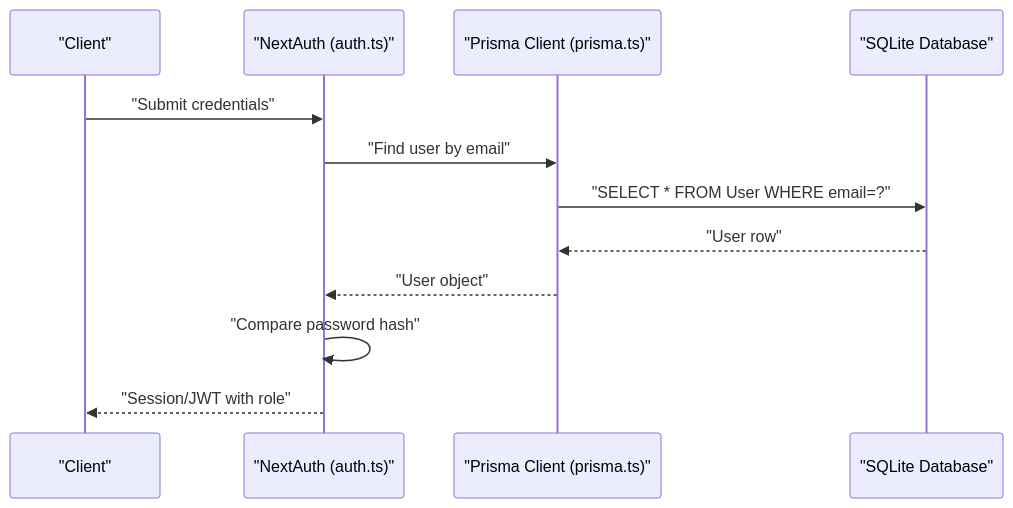
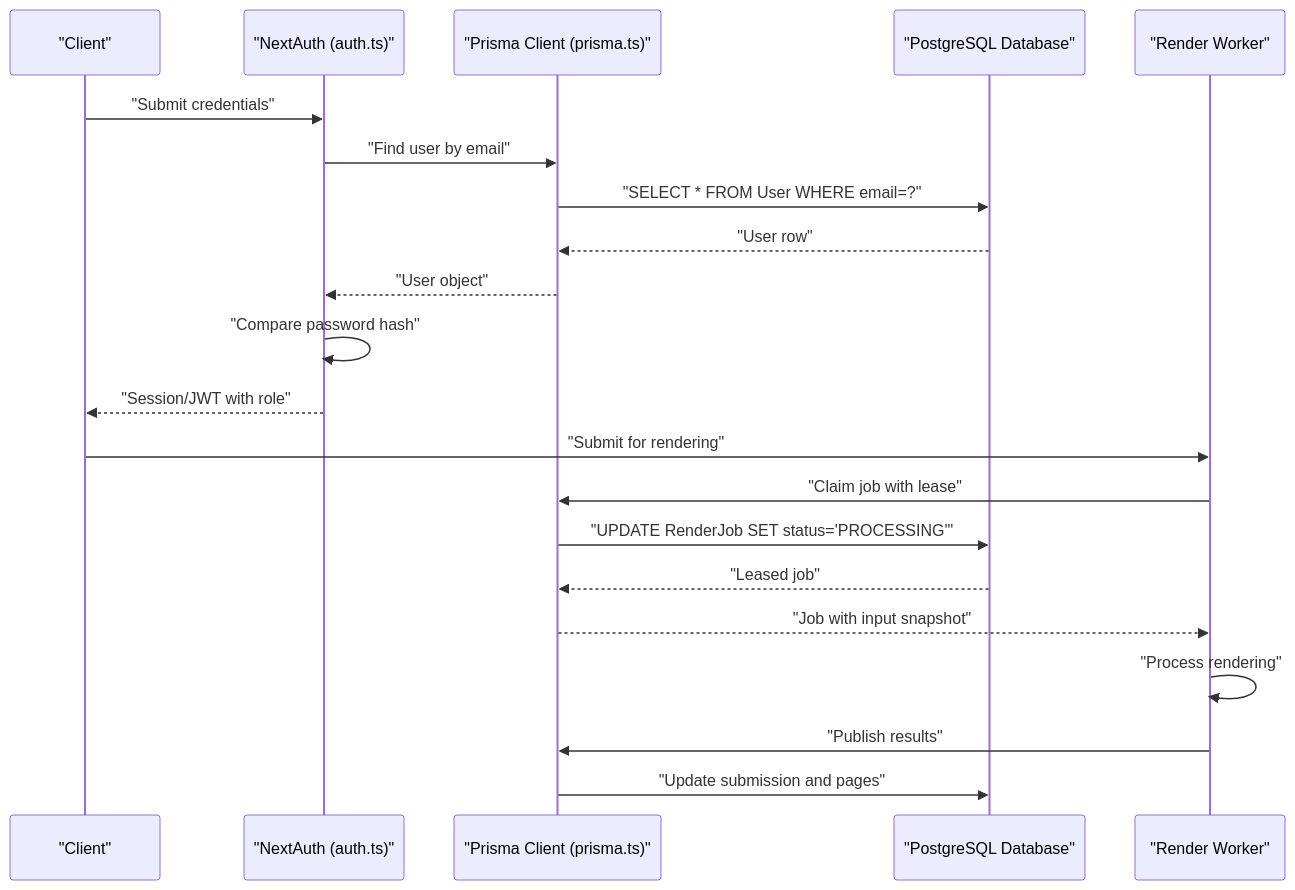
Before and after one commit to Crowdspender/titchybooks-app: the second of 9 diagrams in .qoder/repowiki/en/content/Configuration & Environment/Database & Prisma Setup.md, drawn with Mermaid. The commit also changed other lines of this file and 23 other files, not shown here.

Commit message:
fix: address CodeRabbit review findings (docs accuracy, error UI, editor history, render snapshot)

````diff
--- a/.qoder/repowiki/en/content/Configuration & Environment/Database & Prisma Setup.md
+++ b/.qoder/repowiki/en/content/Configuration & Environment/Database & Prisma Setup.md
@@ -92,14 +117,23 @@
 ```mermaid
 sequenceDiagram
 participant Client as "Client"
 participant NextAuth as "NextAuth (auth.ts)"
 participant Prisma as "Prisma Client (prisma.ts)"
-participant DB as "SQLite Database"
+participant DB as "PostgreSQL Database"
+participant Worker as "Render Worker"
 Client->>NextAuth : "Submit credentials"
 NextAuth->>Prisma : "Find user by email"
 Prisma->>DB : "SELECT * FROM User WHERE email=?"
 DB-->>Prisma : "User row"
 Prisma-->>NextAuth : "User object"
 NextAuth->>NextAuth : "Compare password hash"
 NextAuth-->>Client : "Session/JWT with role"
+Client->>Worker : "Submit for rendering"
+Worker->>Prisma : "Claim job with lease"
+Prisma->>DB : "UPDATE RenderJob SET status='PROCESSING'"
+DB-->>Prisma : "Leased job"
+Prisma-->>Worker : "Job with input snapshot"
+Worker->>Worker : "Process rendering"
+Worker->>Prisma : "Publish results"
+Prisma->>DB : "Update submission and pages"
 ```
````
